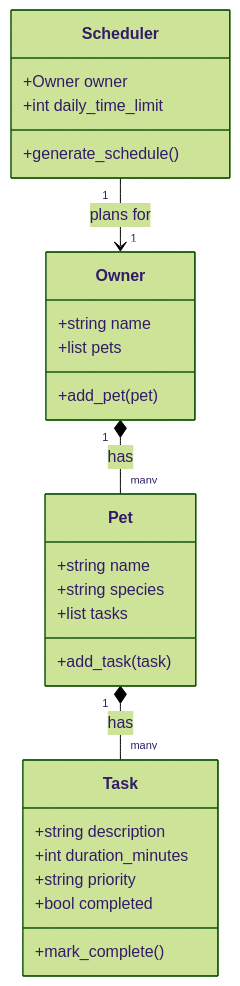
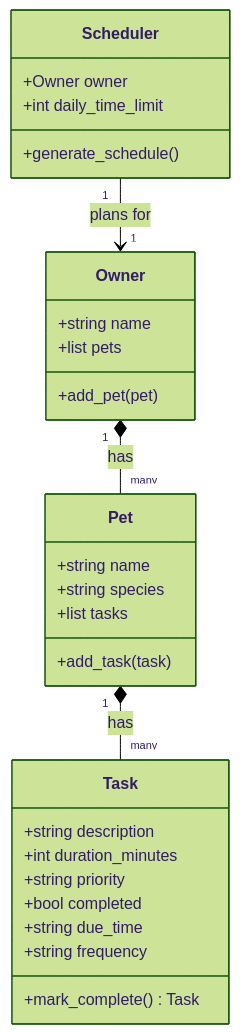
Before and after one commit to SAFESPACE22/ai110-module2show-pawpal-starter: the diagram in uml.md, drawn with Mermaid (forest theme). The commit also changed 2 other files, not shown here.

Commit message:
feat: finalize UI and documentation

````diff
--- a/uml.md
+++ b/uml.md
@@ -3,30 +3,32 @@
 ```mermaid
 classDiagram
     class Owner {
         +string name
         +list pets
         +add_pet(pet)
     }
     class Pet {
         +string name
         +string species
         +list tasks
         +add_task(task)
     }
     class Task {
         +string description
         +int duration_minutes
         +string priority
         +bool completed
-        +mark_complete()
+        +string due_time
+        +string frequency
+        +mark_complete() Task
     }
     class Scheduler {
         +Owner owner
         +int daily_time_limit
         +generate_schedule()
     }
 
     Owner "1" *-- "many" Pet : has
     Pet "1" *-- "many" Task : has
     Scheduler "1" --> "1" Owner : plans for
 ```
````
